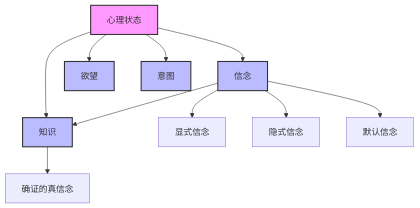
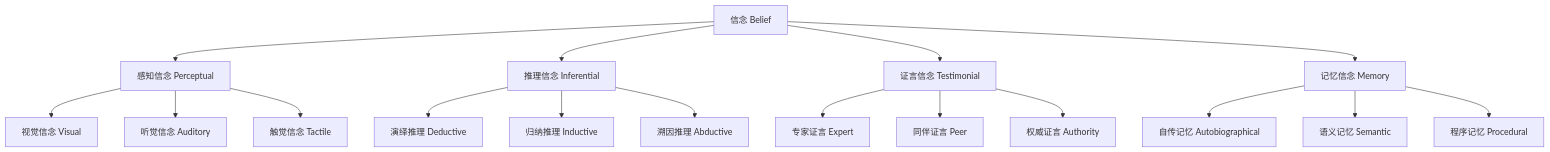
Before and after one commit to AdaMartin18010/FormalScience: the diagram in docs/Refactor/01_Philosophical_Foundations/02_Epistemology/02_Belief_Theory.md, drawn with Mermaid. The commit also changed other lines of this file and 34 other files, not shown here.

````diff
--- a/docs/Refactor/01_Philosophical_Foundations/02_Epistemology/02_Belief_Theory.md
+++ b/docs/Refactor/01_Philosophical_Foundations/02_Epistemology/02_Belief_Theory.md
@@ -54,21 +188,23 @@
 ```mermaid
 graph TD
-    A[心理状态] --> B[信念]
-    A --> C[欲望]
-    A --> D[意图]
-    A --> E[知识]
+    A[信念 Belief] --> B[感知信念 Perceptual]
+    A --> C[推理信念 Inferential]
+    A --> D[证言信念 Testimonial]
+    A --> E[记忆信念 Memory]
     
-    B --> B1[显式信念]
-    B --> B2[隐式信念]
-    B --> B3[默认信念]
+    B --> B1[视觉信念 Visual]
+    B --> B2[听觉信念 Auditory]
+    B --> B3[触觉信念 Tactile]
     
-    E --> E1[确证的真信念]
+    C --> C1[演绎推理 Deductive]
+    C --> C2[归纳推理 Inductive]
+    C --> C3[溯因推理 Abductive]
     
-    B --> E
+    D --> D1[专家证言 Expert]
+    D --> D2[同伴证言 Peer]
+    D --> D3[权威证言 Authority]
     
-    style A fill:#f9f,stroke:#333,stroke-width:2px
-    style B fill:#bbf,stroke:#333,stroke-width:2px
-    style C fill:#bbf,stroke:#333,stroke-width:2px
-    style D fill:#bbf,stroke:#333,stroke-width:2px
-    style E fill:#bbf,stroke:#333,stroke-width:2px
+    E --> E1[自传记忆 Autobiographical]
+    E --> E2[语义记忆 Semantic]
+    E --> E3[程序记忆 Procedural]
 ```
````
